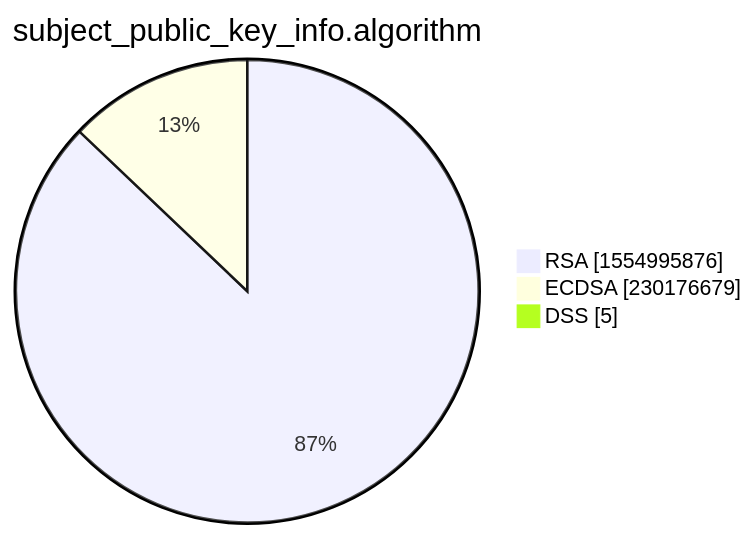
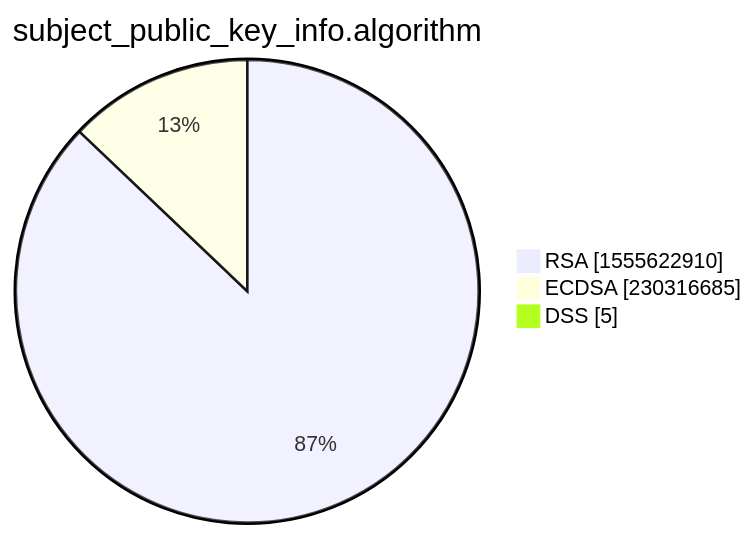
The third of 15 diagrams in xenon2022/README.md (christiankrug/ctmonitor_visualization), drawn with Mermaid before and after one commit. The commit also changed other lines of this file, not shown here.

````diff
--- a/xenon2022/README.md
+++ b/xenon2022/README.md
@@ -14,7 +14,7 @@
 ```mermaid
 pie showData
 title subject_public_key_info.algorithm
-"RSA" :1554995876
-"ECDSA" :230176679
+"RSA" :1555622910
+"ECDSA" :230316685
 "DSS" :5
 ```
````
